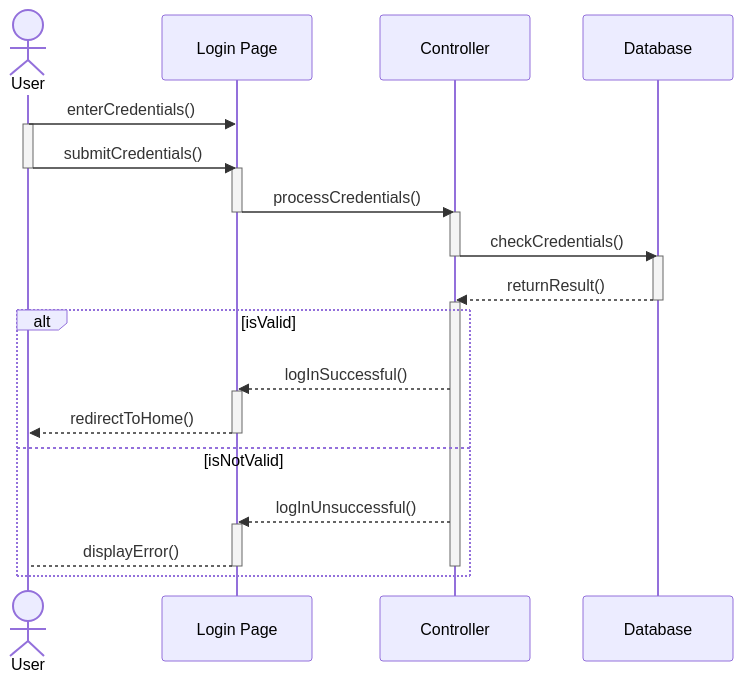
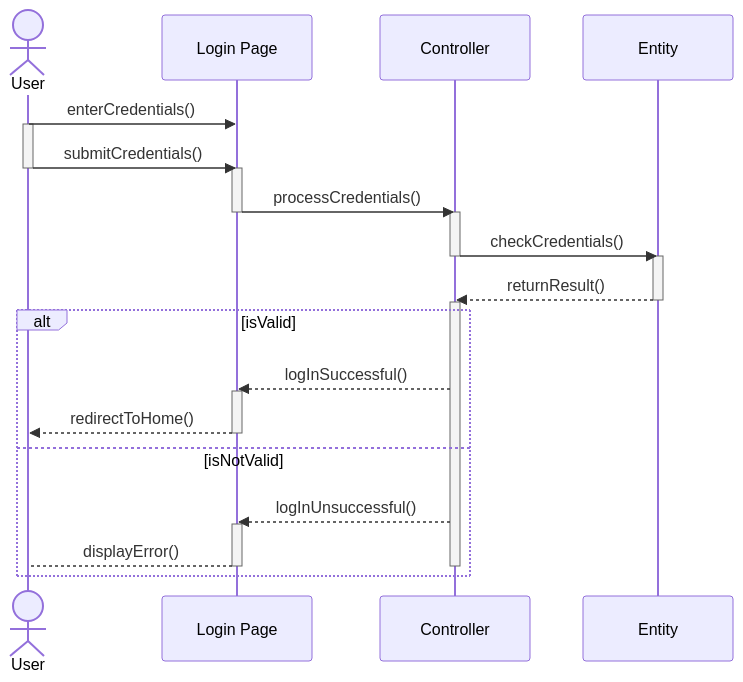
Before and after one commit to chrisracha/mermaid-sandbox: the first of 4 diagrams in README.md, drawn with Mermaid.

Commit message:
fix; renamed Database to Entity
for a more technical description

````diff
--- a/README.md
+++ b/README.md
@@ -10,35 +10,35 @@
 ```mermaid
 %% Sequence Diagram: Log-in Use Case
 sequenceDiagram
     actor User
     participant UI as Login Page
     participant API as Controller
-    participant DB as Database
+    participant DB as Entity
     
     User->>UI: enterCredentials()
     activate User
     User->>UI: submitCredentials()
     deactivate User
     activate UI
     UI->>API: processCredentials()
     deactivate UI
     activate API
     API->>DB: checkCredentials()
     deactivate API
     activate DB
     DB-->>API: returnResult()
     deactivate DB
     activate API
     alt isValid
     API-->>UI: logInSuccessful() 
     activate UI
     UI-->>User: redirectToHome()
     deactivate UI
     else isNotValid
     API-->>UI: logInUnsuccessful()
     activate UI
     UI-->User: displayError()
     deactivate UI
     deactivate API
     end
 ```
````
